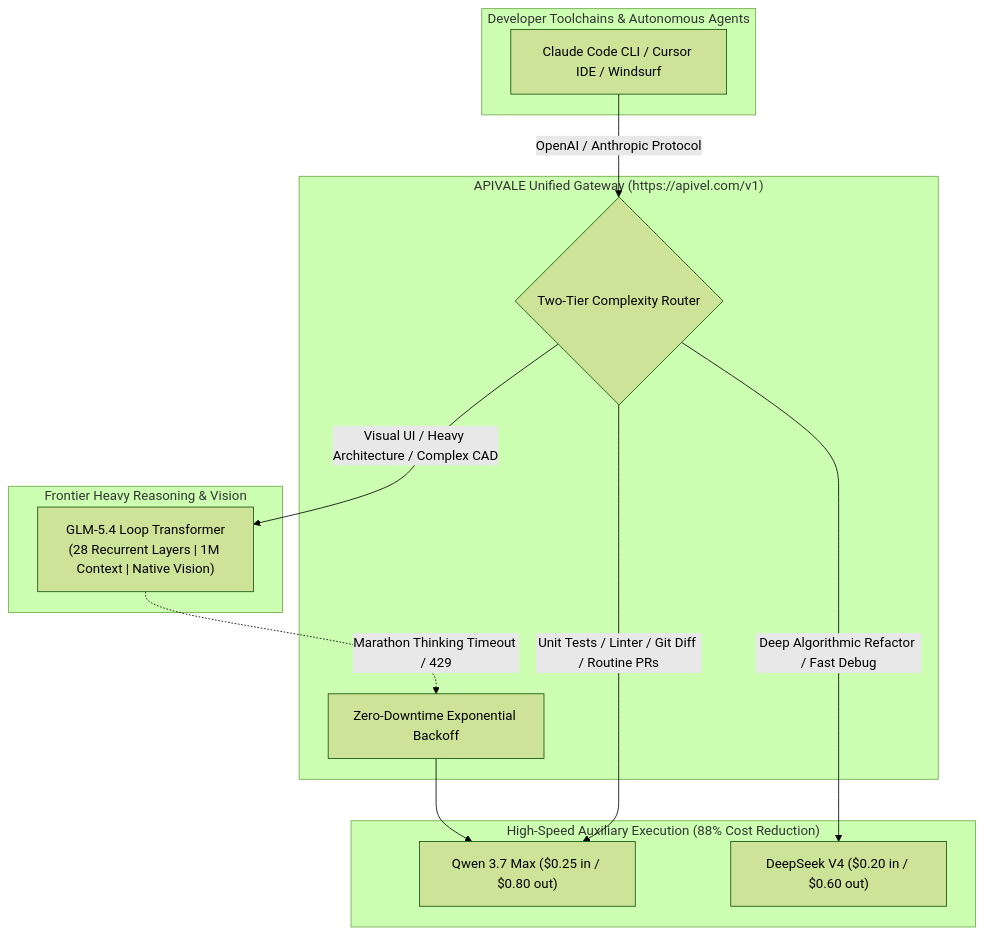
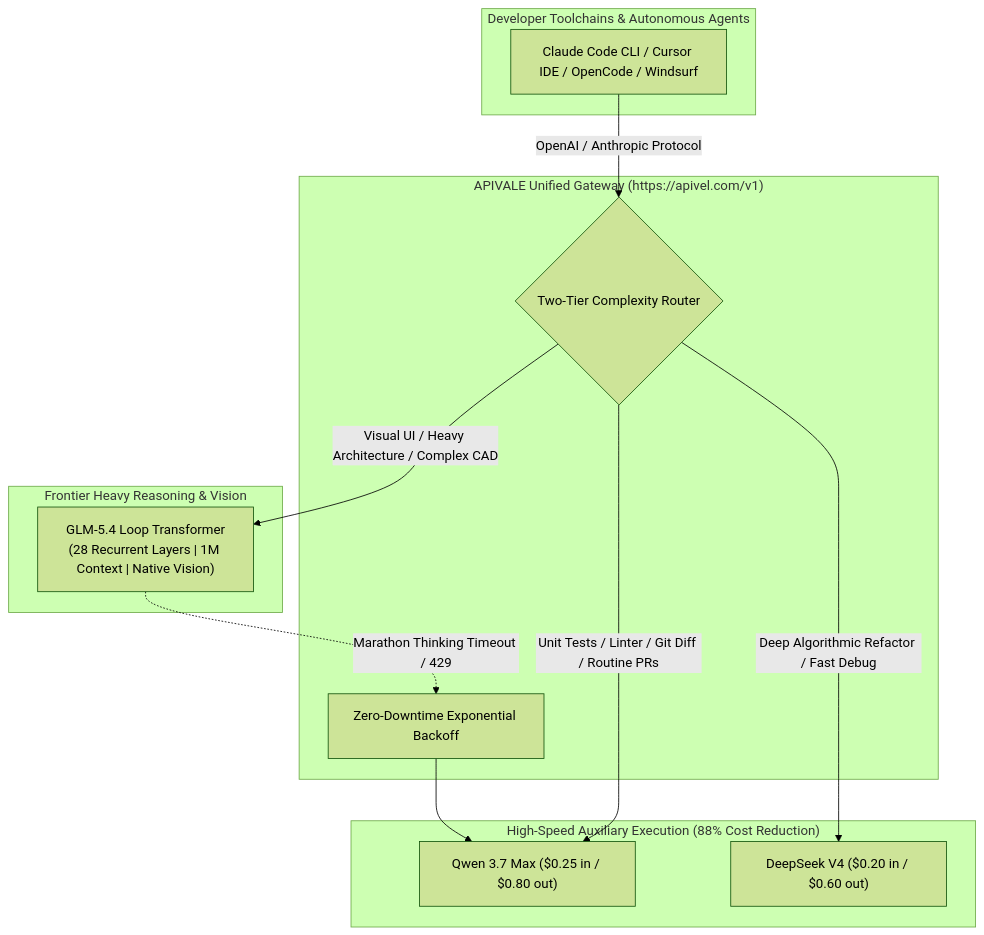
Before and after one commit to bshx2024/apivel_blog: the diagram in src/content/blog/glm-5-4-architecture-benchmarks-api.md, drawn with Mermaid (forest theme). The commit also changed other lines of this file and 1 other file, not shown here.

Commit message:
seo(glm-5.4): align title, metadata and PAA schema 1:1 with user SERP screenshots

````diff
--- a/src/content/blog/glm-5-4-architecture-benchmarks-api.md
+++ b/src/content/blog/glm-5-4-architecture-benchmarks-api.md
@@ -39,27 +39,27 @@
 ```mermaid
 flowchart TD
     subgraph Client["Developer Toolchains & Autonomous Agents"]
-        Agent["Claude Code CLI / Cursor IDE / Windsurf"]
+        Agent["Claude Code CLI / Cursor IDE / OpenCode / Windsurf"]
     end
 
     subgraph APIVALE_Gateway["APIVALE Unified Gateway (https://apivel.com/v1)"]
         Router{"Two-Tier Complexity Router"}
         Failover["Zero-Downtime Exponential Backoff"]
     end
 
     subgraph Frontier_Reasoning["Frontier Heavy Reasoning & Vision"]
         GLM["GLM-5.4 Loop Transformer\n(28 Recurrent Layers | 1M Context | Native Vision)"]
     end
 
     subgraph Routine_Execution["High-Speed Auxiliary Execution (88% Cost Reduction)"]
         Qwen["Qwen 3.7 Max ($0.25 in / $0.80 out)"]
         DeepSeek["DeepSeek V4 ($0.20 in / $0.60 out)"]
     end
 
     Agent -->|OpenAI / Anthropic Protocol| Router
     Router -->|Visual UI / Heavy Architecture / Complex CAD| GLM
     Router -->|Unit Tests / Linter / Git Diff / Routine PRs| Qwen
     Router -->|Deep Algorithmic Refactor / Fast Debug| DeepSeek
     GLM -.->|Marathon Thinking Timeout / 429| Failover
     Failover --> Qwen
 ```
````
